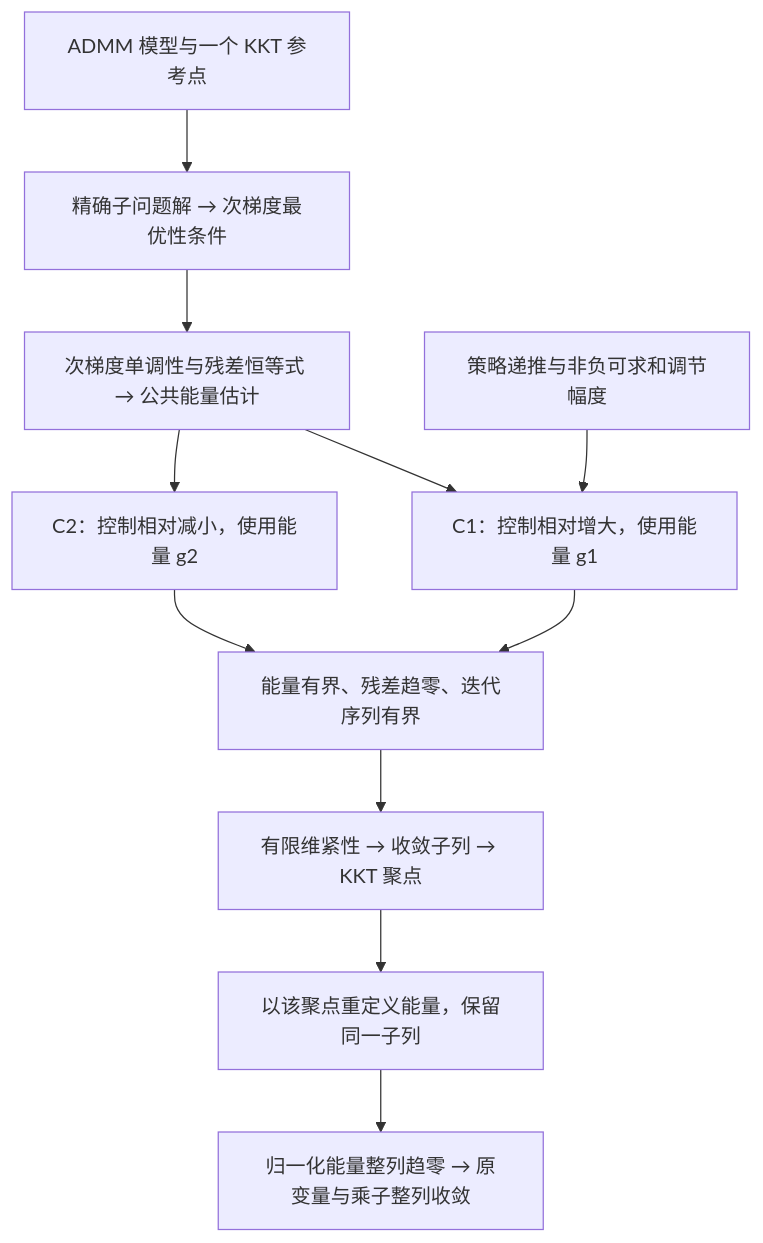
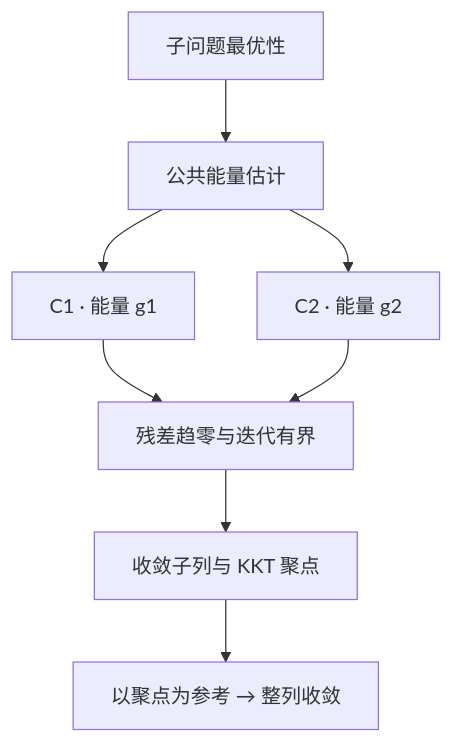
One commit to ConanXu-math/adaptive_admm changed the diagram in README.md. Above: the diagram before and after it, drawn with Mermaid. The commit also changed other lines of this file and 1 other file, not shown here.

````diff
--- a/README.md
+++ b/README.md
@@ -61,13 +38,10 @@
 ```mermaid
 flowchart TD
-    model["ADMM 模型与一个 KKT 参考点"] --> optimality["精确子问题解 → 次梯度最优性条件"]
-    optimality --> descent["次梯度单调性与残差恒等式 → 公共能量估计"]
-    descent --> c1["C1：控制相对增大，使用能量 g1"]
-    descent --> c2["C2：控制相对减小，使用能量 g2"]
-    policy["策略递推与非负可求和调节幅度"] --> c1
-    c1 --> bounds["能量有界、残差趋零、迭代序列有界"]
-    c2 --> bounds
-    bounds --> cluster["有限维紧性 → 收敛子列 → KKT 聚点"]
-    cluster --> recenter["以该聚点重定义能量，保留同一子列"]
-    recenter --> limit["归一化能量整列趋零 → 原变量与乘子整列收敛"]
+    optimality["子问题最优性"] --> descent["公共能量估计"]
+    descent --> c1["C1 · 能量 g1"]
+    descent --> c2["C2 · 能量 g2"]
+    c1 --> bounded["残差趋零与迭代有界"]
+    c2 --> bounded
+    bounded --> cluster["收敛子列与 KKT 聚点"]
+    cluster --> limit["以聚点为参考 → 整列收敛"]
 ```
````
